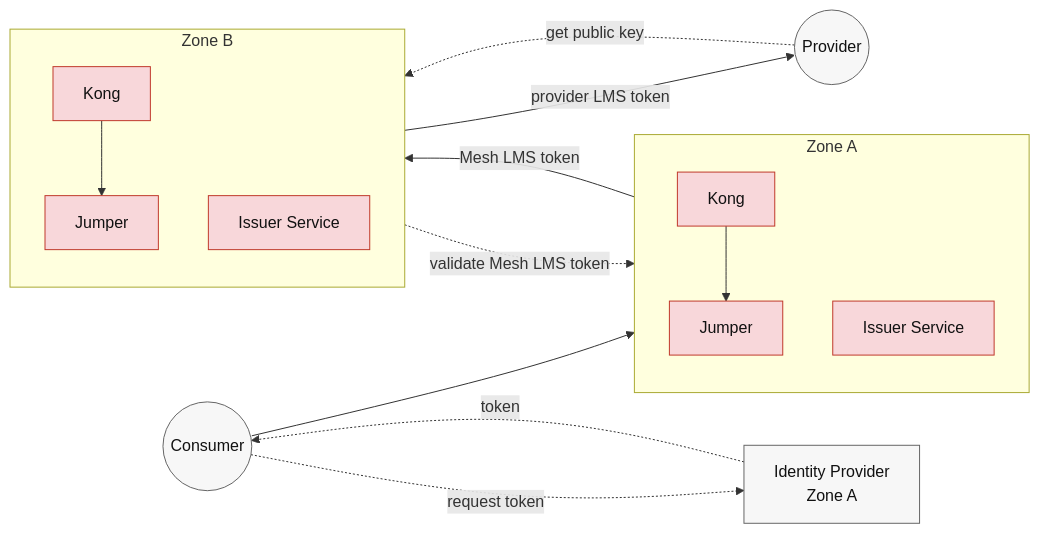
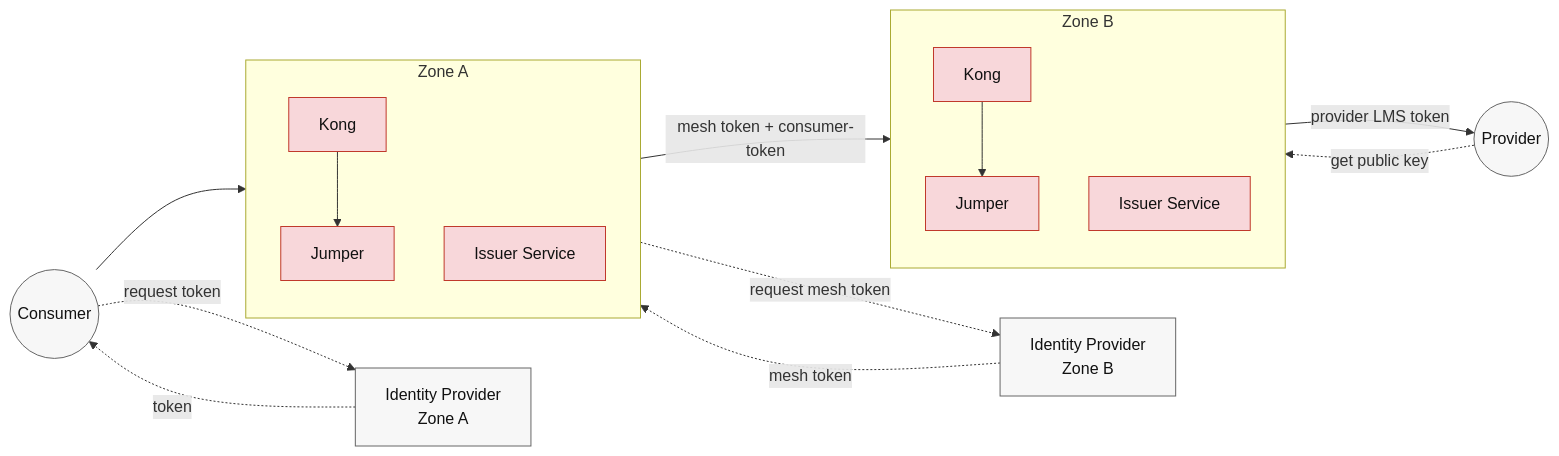
The second of 8 diagrams in README.md (telekom/gateway-jumper), drawn with Mermaid before and after one commit. The commit also changed other lines of this file and 14 other files, not shown here.

First line of the commit message:
fix(mesh): restore provider IdP mesh authentication

````diff
--- a/README.md
+++ b/README.md
@@ -235,35 +235,37 @@
 ```mermaid
 flowchart LR
     consumer((Consumer))
     idpA[Identity Provider<br/>Zone A]
+    idpB[Identity Provider<br/>Zone B]
     provider((Provider))
 
     subgraph zoneA [Zone A]
         direction TB
         kongA[Kong]
         jumperA[Jumper]
         issuerA[Issuer Service]
     end
 
     subgraph zoneB [Zone B]
         direction TB
         kongB[Kong]
         jumperB[Jumper]
         issuerB[Issuer Service]
     end
 
     consumer -.->|request token| idpA
     idpA -.->|token| consumer
     consumer --> kongA
     kongA --> jumperA
-    jumperA -->|Mesh LMS token| kongB
+    jumperA -.->|request mesh token| idpB
+    idpB -.->|mesh token| jumperA
+    jumperA -->|mesh token + consumer-token| kongB
     kongB --> jumperB
-    jumperB -.->|validate Mesh LMS token| issuerA
     jumperB -->|provider LMS token| provider
     provider -.->|get public key| issuerB
 
     classDef gatewayNode fill:#f8d7da,stroke:#c0392b,stroke-width:1px,color:#111;
     classDef external fill:#f7f7f7,stroke:#666,stroke-width:1px,color:#111;
     class kongA,jumperA,issuerA,kongB,jumperB,issuerB gatewayNode;
-    class consumer,idpA,provider external;
+    class consumer,idpA,idpB,provider external;
 ```
````
